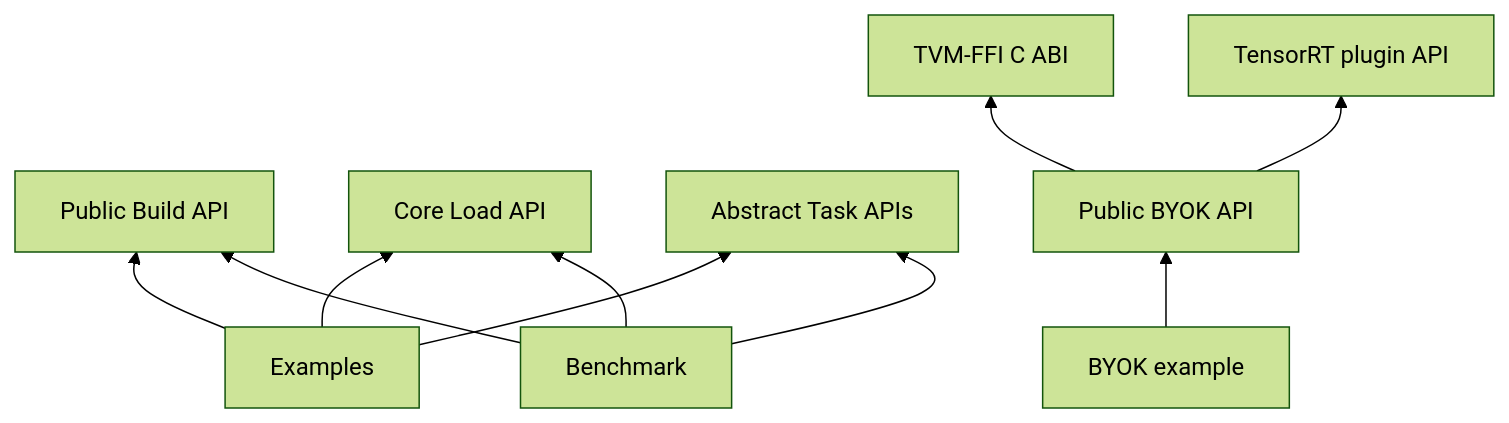
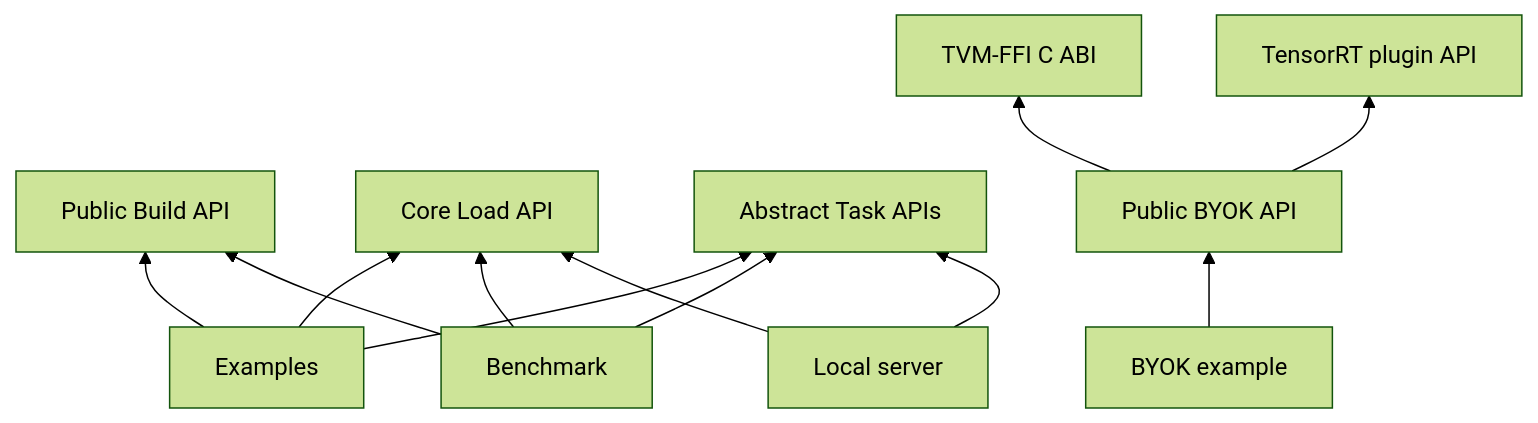
One commit to NVIDIA/TensorRT-Model-Connect changed the sixth of 6 diagrams in website/docs/architecture/ai-native-horizontal-scaling.md. Above: the diagram before and after it, drawn with Mermaid (forest theme). The commit also changed other lines of this file and 49 other files, not shown here.

````diff
--- a/website/docs/architecture/ai-native-horizontal-scaling.md
+++ b/website/docs/architecture/ai-native-horizontal-scaling.md
@@ -287,12 +288,14 @@
 ```mermaid
 flowchart BT
   Example["Examples"] --> BuildAPI["Public Build API"]
   Example --> LoadAPI["Core Load API"]
   Example --> TaskAPI["Abstract Task APIs"]
   Benchmark["Benchmark"] --> BuildAPI
   Benchmark --> LoadAPI
   Benchmark --> TaskAPI
+  Server["Local server"] --> LoadAPI
+  Server --> TaskAPI
   ByokExample["BYOK example"] --> ByokAPI["Public BYOK API"]
   ByokAPI --> TVMFFI["TVM-FFI C ABI"]
   ByokAPI --> TRTPlugin["TensorRT plugin API"]
 ```
````
